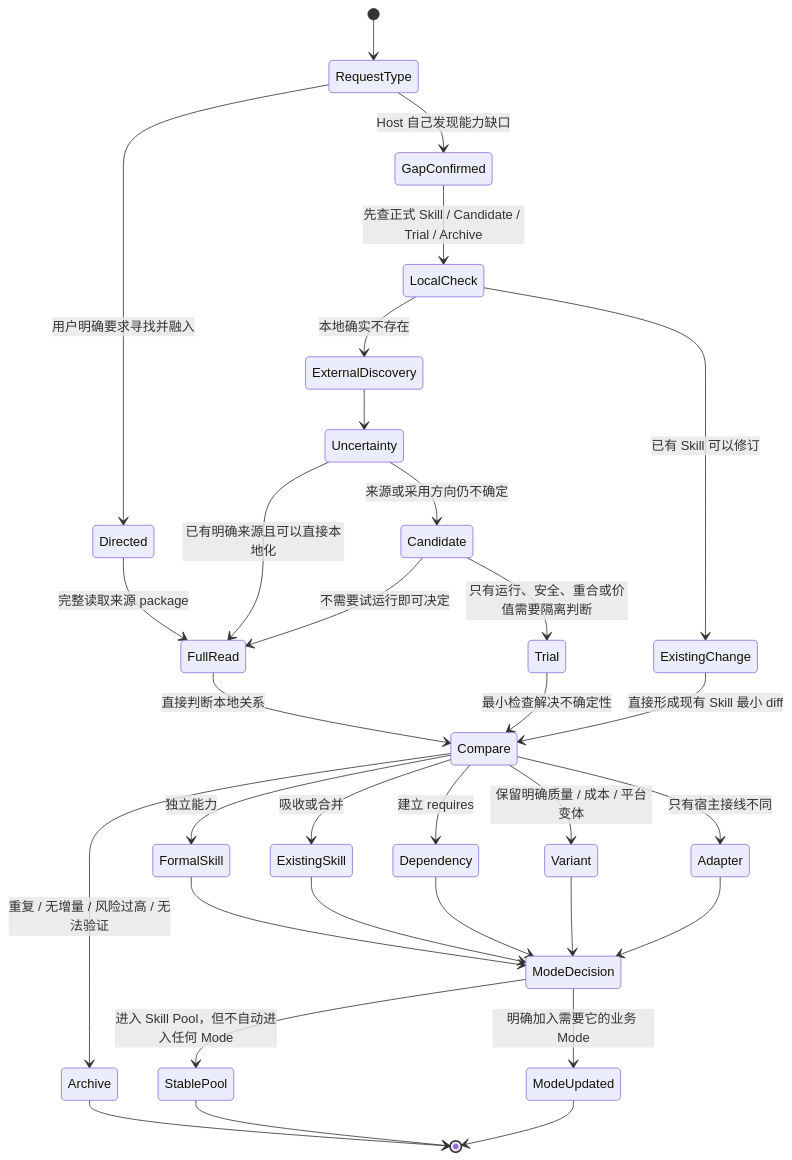
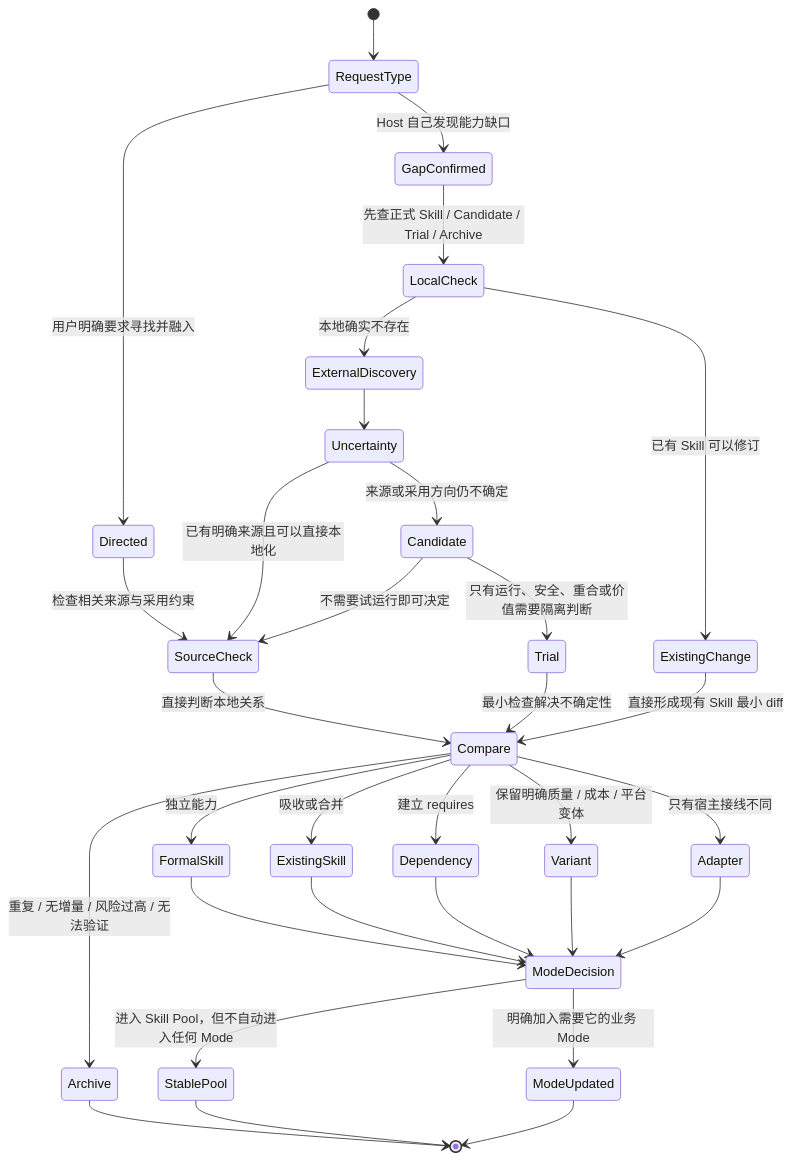
One commit to qihangzhang-272/asl-harness changed diagram 12 of 19 in docs/asl-architecture-views.md. Above: the diagram before and after it, drawn with Mermaid. The commit also changed other lines of this file and 9 other files, not shown here.

````diff
--- a/docs/asl-architecture-views.md
+++ b/docs/asl-architecture-views.md
@@ -671,34 +769,34 @@
 ```mermaid
 stateDiagram-v2
     [*] --> RequestType
     RequestType --> Directed: 用户明确要求寻找并融入
     RequestType --> GapConfirmed: Host 自己发现能力缺口
-    Directed --> FullRead: 完整读取来源 package
-    FullRead --> Compare: 直接判断本地关系
+    Directed --> SourceCheck: 检查相关来源与采用约束
+    SourceCheck --> Compare: 直接判断本地关系
     GapConfirmed --> LocalCheck: 先查正式 Skill / Candidate / Trial / Archive
     LocalCheck --> ExistingChange: 已有 Skill 可以修订
     LocalCheck --> ExternalDiscovery: 本地确实不存在
     ExternalDiscovery --> Uncertainty
     Uncertainty --> Candidate: 来源或采用方向仍不确定
-    Uncertainty --> FullRead: 已有明确来源且可以直接本地化
+    Uncertainty --> SourceCheck: 已有明确来源且可以直接本地化
     Candidate --> Trial: 只有运行、安全、重合或价值需要隔离判断
-    Candidate --> FullRead: 不需要试运行即可决定
+    Candidate --> SourceCheck: 不需要试运行即可决定
     Trial --> Compare: 最小检查解决不确定性
     ExistingChange --> Compare: 直接形成现有 Skill 最小 diff
     Compare --> FormalSkill: 独立能力
     Compare --> ExistingSkill: 吸收或合并
     Compare --> Dependency: 建立 requires
     Compare --> Variant: 保留明确质量 / 成本 / 平台变体
     Compare --> Adapter: 只有宿主接线不同
     Compare --> Archive: 重复 / 无增量 / 风险过高 / 无法验证
     FormalSkill --> ModeDecision
     ExistingSkill --> ModeDecision
     Dependency --> ModeDecision
     Variant --> ModeDecision
     Adapter --> ModeDecision
     ModeDecision --> StablePool: 进入 Skill Pool，但不自动进入任何 Mode
     ModeDecision --> ModeUpdated: 明确加入需要它的业务 Mode
     Archive --> [*]
     StablePool --> [*]
     ModeUpdated --> [*]
 ```
````
